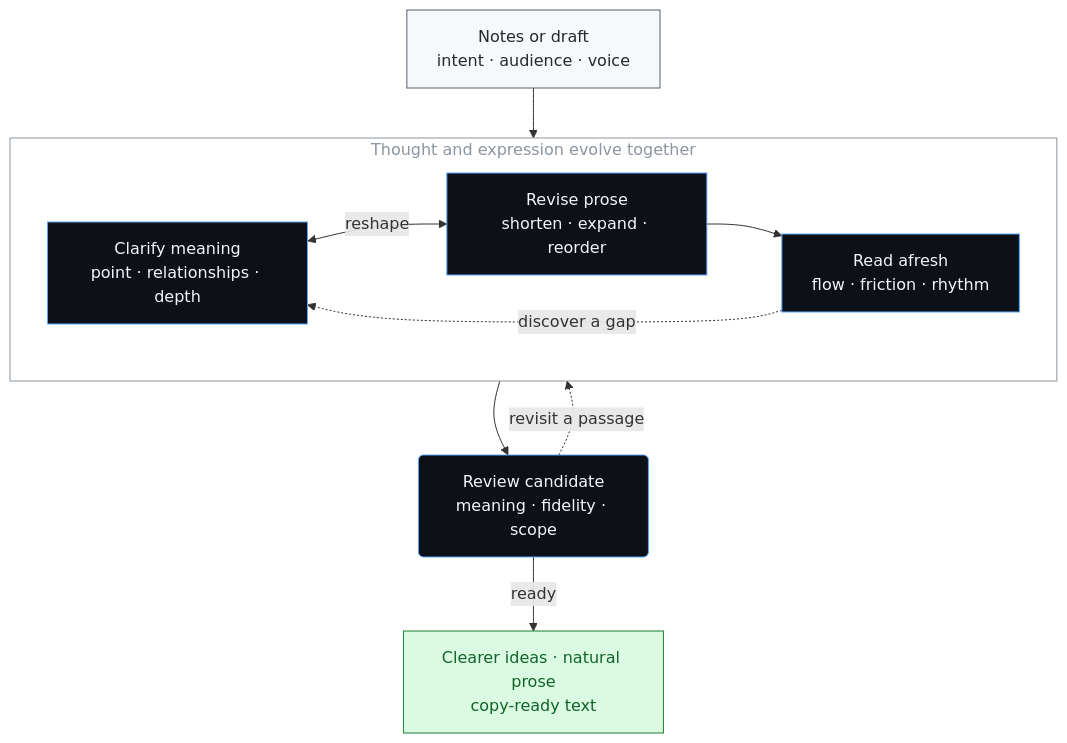
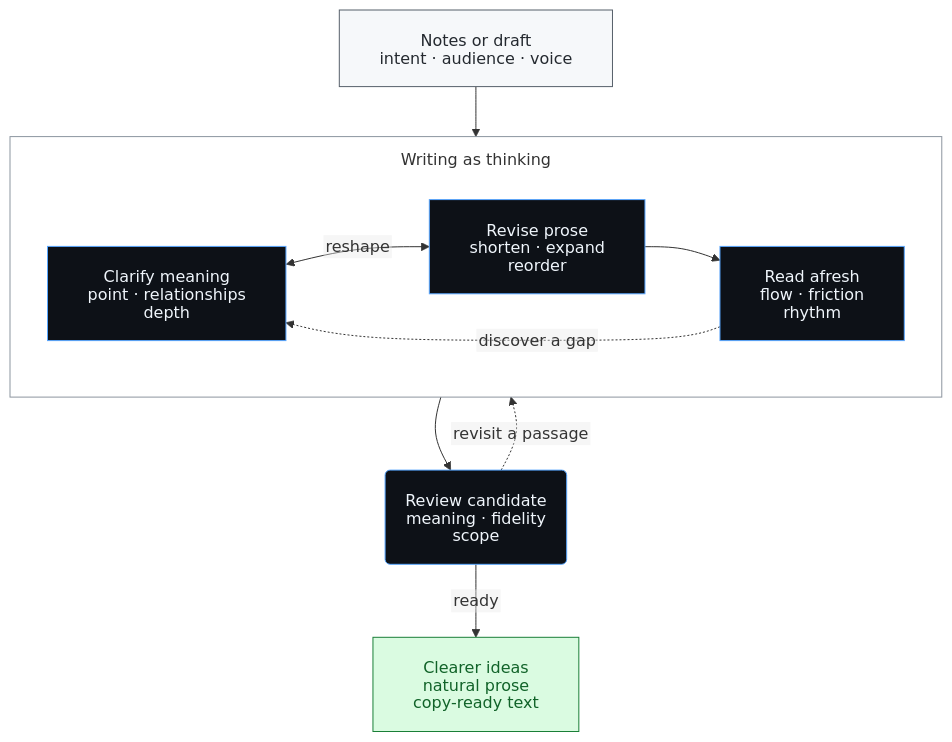
Before and after one commit to ZepinLi/good-writing: the diagram in README.md, drawn with Mermaid.

Commit message:
Fix Mermaid label clipping with SVG text and explicit spacing

````diff
--- a/README.md
+++ b/README.md
@@ -22,22 +22,23 @@
 ```mermaid
+%%{init: {"htmlLabels": false, "flowchart": {"htmlLabels": false, "padding": 20, "diagramPadding": 20, "subGraphTitleMargin": {"top": 12, "bottom": 16}}}}%%
 flowchart TB
     I["Notes or draft<br/>intent · audience · voice"]
-    subgraph P["Thought and expression evolve together"]
+    subgraph P["Writing as thinking"]
         direction LR
-        T["Clarify meaning<br/>point · relationships · depth"] <-->|"reshape"| W["Revise prose<br/>shorten · expand · reorder"]
-        W --> R["Read afresh<br/>flow · friction · rhythm"]
+        T["Clarify meaning<br/>point · relationships<br/>depth"] <-->|"reshape"| W["Revise prose<br/>shorten · expand<br/>reorder"]
+        W --> R["Read afresh<br/>flow · friction<br/>rhythm"]
         R -. "discover a gap" .-> T
     end
     I --> P
-    P --> G("Review candidate<br/>meaning · fidelity · scope")
+    P --> G("Review candidate<br/>meaning · fidelity<br/>scope")
     G -. "revisit a passage" .-> P
-    G -->|"ready"| O["Clearer ideas · natural prose<br/>copy-ready text"]
+    G -->|"ready"| O["Clearer ideas<br/>natural prose<br/>copy-ready text"]
 
     classDef input fill:#f6f8fa,stroke:#57606a,color:#24292f;
     classDef work fill:#0d1117,stroke:#58a6ff,color:#f0f6fc;
     classDef result fill:#dafbe1,stroke:#1a7f37,color:#116329;
     class I input;
     class T,W,R,G work;
     class O result;
     style P fill:transparent,stroke:#8c959f,color:#8c959f;
 ```
````
